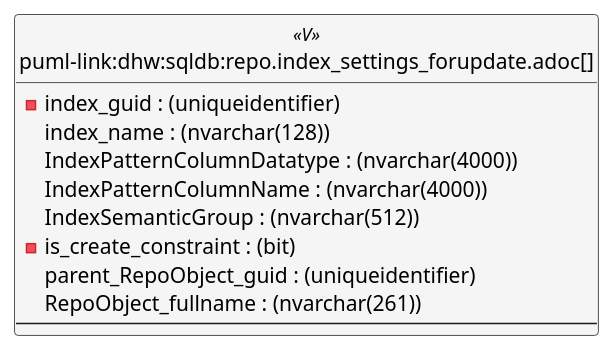
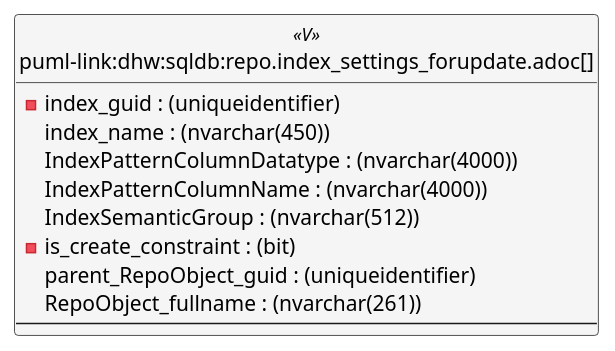
The first of 6 diagrams in docs/modules/sqldb/partials/content/repo.index_settings_forupdate.adoc (DataHandwerk/dhw-antora-sqldb), drawn with PlantUML before and after one commit. The commit also changed other lines of this file and 751 other files, not shown here.

```diff
--- a/docs/modules/sqldb/partials/content/repo.index_settings_forupdate.adoc
+++ b/docs/modules/sqldb/partials/content/repo.index_settings_forupdate.adoc
@@ -633,41 +633,41 @@
 [plantuml, entity-{docname}, svg, subs=macros]
 ....
 'Left to right direction
 top to bottom direction
 hide circle
 'avoide "." issues:
 set namespaceSeparator none
 
 
 skinparam class {
   BackgroundColor White
   BackgroundColor<<FN>> Yellow
   BackgroundColor<<FS>> Yellow
   BackgroundColor<<FT>> LightGray
   BackgroundColor<<IF>> Yellow
   BackgroundColor<<IS>> Yellow
   BackgroundColor<<P>>  Aqua
   BackgroundColor<<PC>> Aqua
   BackgroundColor<<SN>> Yellow
   BackgroundColor<<SO>> SlateBlue
   BackgroundColor<<TF>> LightGray
   BackgroundColor<<TR>> Tomato
   BackgroundColor<<U>>  White
   BackgroundColor<<V>>  WhiteSmoke
   BackgroundColor<<X>>  Aqua
   BackgroundColor<<external>> AliceBlue
 }
 
 
 entity "puml-link:dhw:sqldb:repo.index_settings_forupdate.adoc[]" as repo.Index_Settings_ForUpdate << V >> {
   - index_guid : (uniqueidentifier)
-  index_name : (nvarchar(128))
+  index_name : (nvarchar(450))
   IndexPatternColumnDatatype : (nvarchar(4000))
   IndexPatternColumnName : (nvarchar(4000))
   IndexSemanticGroup : (nvarchar(512))
   - is_create_constraint : (bit)
   parent_RepoObject_guid : (uniqueidentifier)
   RepoObject_fullname : (nvarchar(261))
   --
 }
 ....
```
